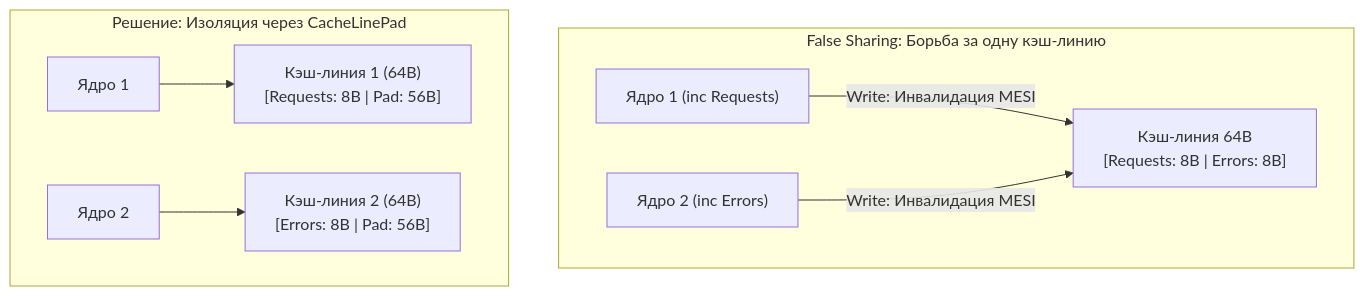
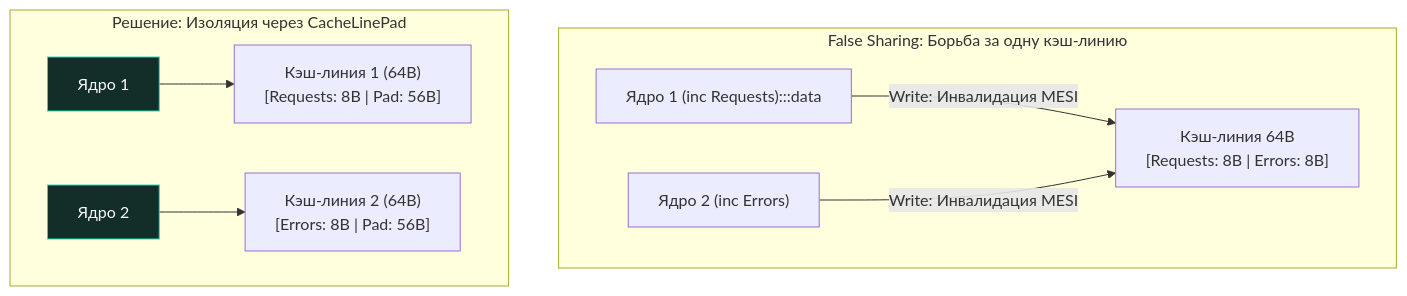
Before and after one commit to UnrealTemplier/go-textbook: the second of 2 diagrams in sources/16. Профилирование, отладка и производительность/09. Практические оптимизации/6. Cache friendly структуры.md, drawn with Mermaid. The commit also changed 1666 other files, not shown here.

First line of the commit message:
feat(mermaid): add semantic color classDef to 1369 colorless flowchart/graph diagrams

````diff
--- a/sources/16. Профилирование, отладка и производительность/09. Практические оптимизации/6. Cache friendly структуры.md
+++ b/sources/16. Профилирование, отладка и производительность/09. Практические оптимизации/6. Cache friendly структуры.md
@@ -158,12 +158,22 @@
 ```mermaid
 flowchart TD
+    classDef process  fill:#1e293b,stroke:#38bdf8,stroke-width:1px,color:#f8fafc
+    classDef success  fill:#064e3b,stroke:#34d399,stroke-width:1px,color:#f8fafc
+    classDef error    fill:#7f1d1d,stroke:#f87171,stroke-width:1px,color:#f8fafc
+    classDef warning  fill:#78350f,stroke:#fbbf24,stroke-width:1px,color:#f8fafc
+    classDef entry    fill:#1e3a5f,stroke:#38bdf8,stroke-width:2px,color:#f8fafc
+    classDef aux      fill:#334155,stroke:#64748b,stroke-width:1px,color:#f8fafc
+    classDef system   fill:#312e81,stroke:#a78bfa,stroke-width:1px,color:#f8fafc
+    classDef data     fill:#132d29,stroke:#2dd4bf,stroke-width:1px,color:#f8fafc
+    classDef network  fill:#881337,stroke:#fb7185,stroke-width:1px,color:#f8fafc
+    classDef accent   fill:#1e1b4b,stroke:#818cf8,stroke-width:1px,color:#f8fafc
     subgraph FalseSharing ["False Sharing: Борьба за одну кэш-линию"]
-        Core1["Ядро 1 (inc Requests)"] -->|Write: Инвалидация MESI| CL["Кэш-линия 64B<br/>[Requests: 8B | Errors: 8B]"]
+        Core1["Ядро 1 (inc Requests):::data"] -->|Write: Инвалидация MESI| CL["Кэш-линия 64B<br/>[Requests: 8B | Errors: 8B]"]
         Core2["Ядро 2 (inc Errors)"] -->|Write: Инвалидация MESI| CL
     end
     
     subgraph PaddingSolution ["Решение: Изоляция через CacheLinePad"]
-        Core1Pro["Ядро 1"] --> CL1["Кэш-линия 1 (64B)<br/>[Requests: 8B | Pad: 56B]"]
-        Core2Pro["Ядро 2"] --> CL2["Кэш-линия 2 (64B)<br/>[Errors: 8B | Pad: 56B]"]
+        Core1Pro["Ядро 1"]:::data --> CL1["Кэш-линия 1 (64B)<br/>[Requests: 8B | Pad: 56B]"]
+        Core2Pro["Ядро 2"]:::data --> CL2["Кэш-линия 2 (64B)<br/>[Errors: 8B | Pad: 56B]"]
     end
 ```
````
